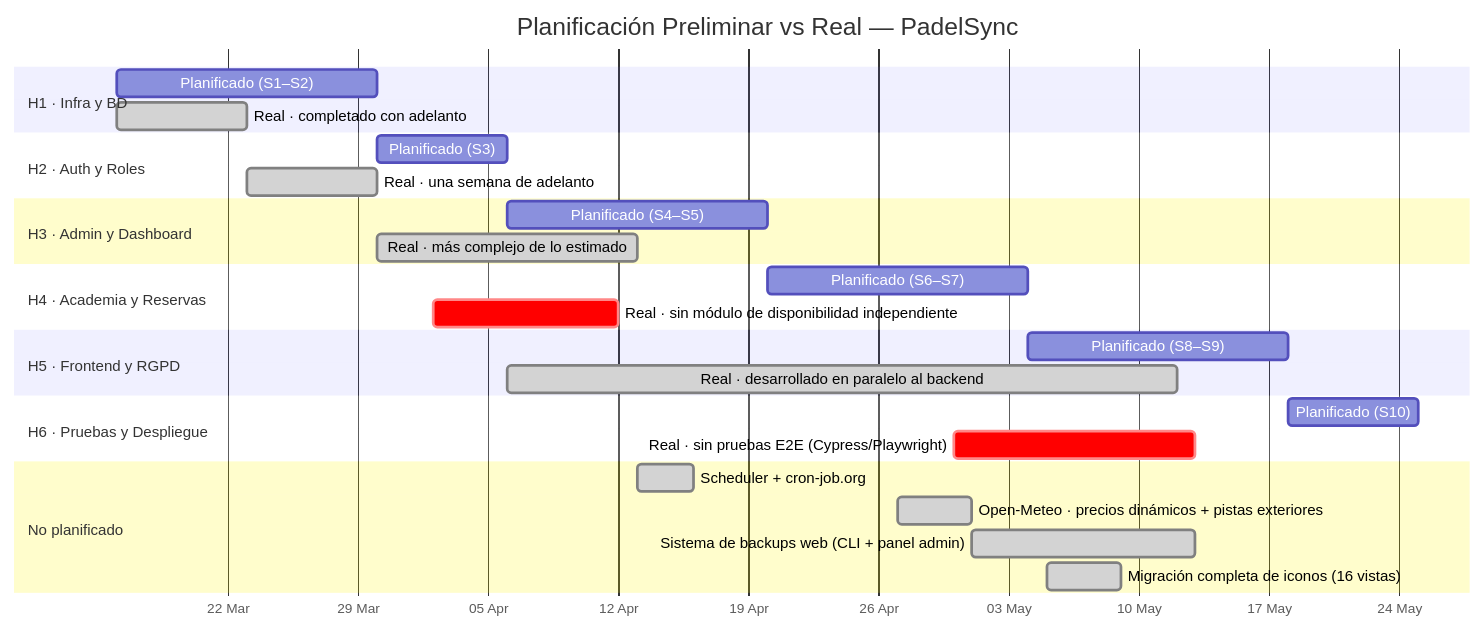
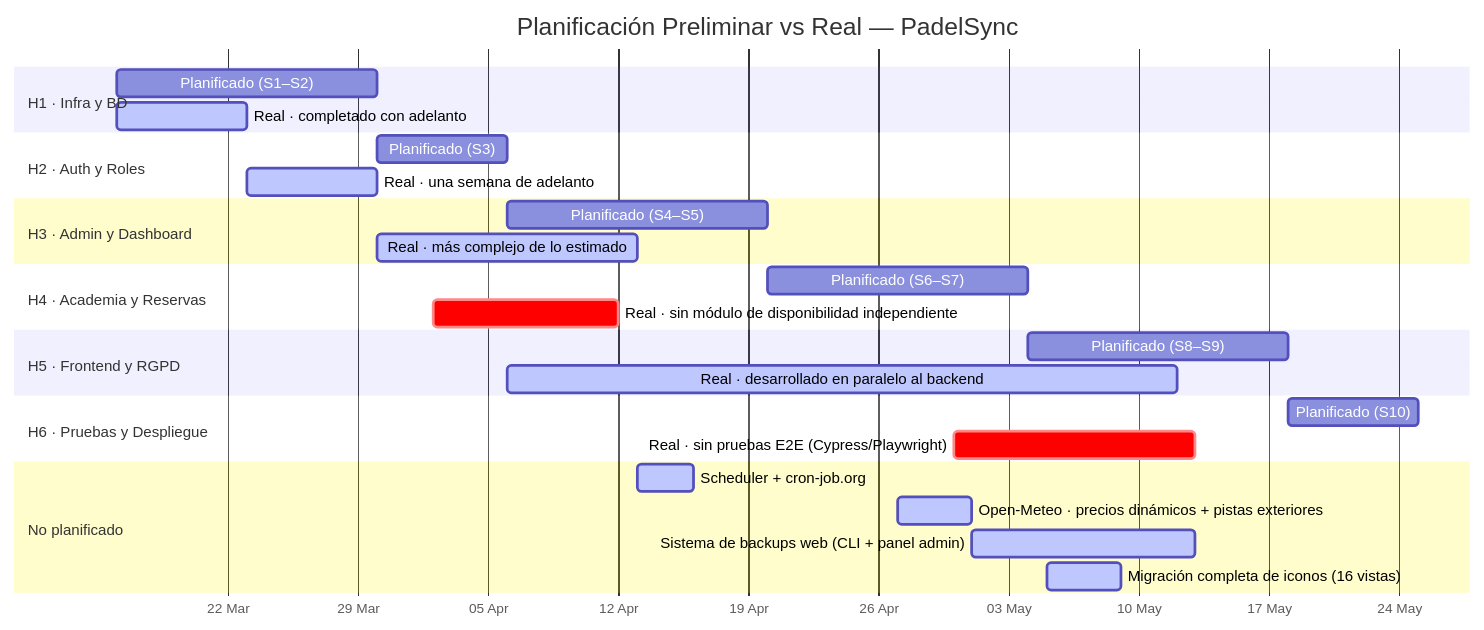
One commit to pabloiglepe/Prueba1---TFG changed the second of 2 diagrams in docs/PLANIFICACION_REAL.md. Above: the diagram before and after it, drawn with Mermaid.

Commit message:
Actualización documentación

````diff
--- a/docs/PLANIFICACION_REAL.md
+++ b/docs/PLANIFICACION_REAL.md
@@ -74,36 +74,36 @@
 ```mermaid
 gantt
     title Planificación Preliminar vs Real — PadelSync
     dateFormat  YYYY-MM-DD
     axisFormat  %d %b
 
     section H1 · Infra y BD
-    Planificado (S1–S2)                               :p1, 2026-03-16, 14d
-    Real · completado con adelanto                    :done, r1, 2026-03-16, 7d
+    Planificado (S1–S2)                                :p1, 2026-03-16, 14d
+    Real · completado con adelanto                     :active, r1, 2026-03-16, 7d
 
     section H2 · Auth y Roles
-    Planificado (S3)                                  :p2, 2026-03-30, 7d
-    Real · una semana de adelanto                     :done, r2, 2026-03-23, 7d
+    Planificado (S3)                                   :p2, 2026-03-30, 7d
+    Real · una semana de adelanto                      :active, r2, 2026-03-23, 7d
 
     section H3 · Admin y Dashboard
-    Planificado (S4–S5)                               :p3, 2026-04-06, 14d
-    Real · más complejo de lo estimado                :done, r3, 2026-03-30, 14d
+    Planificado (S4–S5)                                :p3, 2026-04-06, 14d
+    Real · más complejo de lo estimado                 :active, r3, 2026-03-30, 14d
 
     section H4 · Academia y Reservas
-    Planificado (S6–S7)                               :p4, 2026-04-20, 14d
-    Real · sin módulo de disponibilidad independiente :crit, r4, 2026-04-02, 10d
+    Planificado (S6–S7)                                :p4, 2026-04-20, 14d
+    Real · sin módulo de disponibilidad independiente  :crit, r4, 2026-04-02, 10d
 
     section H5 · Frontend y RGPD
-    Planificado (S8–S9)                               :p5, 2026-05-04, 14d
-    Real · desarrollado en paralelo al backend        :done, r5, 2026-04-06, 36d
+    Planificado (S8–S9)                                :p5, 2026-05-04, 14d
+    Real · desarrollado en paralelo al backend         :active, r5, 2026-04-06, 36d
 
     section H6 · Pruebas y Despliegue
-    Planificado (S10)                                 :p6, 2026-05-18, 7d
-    Real · sin pruebas E2E (Cypress/Playwright)       :crit, r6, 2026-04-30, 13d
+    Planificado (S10)                                  :p6, 2026-05-18, 7d
+    Real · sin pruebas E2E (Cypress/Playwright)        :crit, r6, 2026-04-30, 13d
 
     section No planificado
-    Scheduler + cron-job.org                          :done, np1, 2026-04-13, 3d
-    Open-Meteo · precios dinámicos + pistas exteriores:done, np2, 2026-04-27, 4d
-    Sistema de backups web (CLI + panel admin)        :done, np3, 2026-05-01, 12d
-    Migración completa de iconos (16 vistas)          :done, np4, 2026-05-05, 4d
+    Scheduler + cron-job.org                           :active, np1, 2026-04-13, 3d
+    Open-Meteo · precios dinámicos + pistas exteriores :active, np2, 2026-04-27, 4d
+    Sistema de backups web (CLI + panel admin)         :active, np3, 2026-05-01, 12d
+    Migración completa de iconos (16 vistas)           :active, np4, 2026-05-05, 4d
 ```
````
